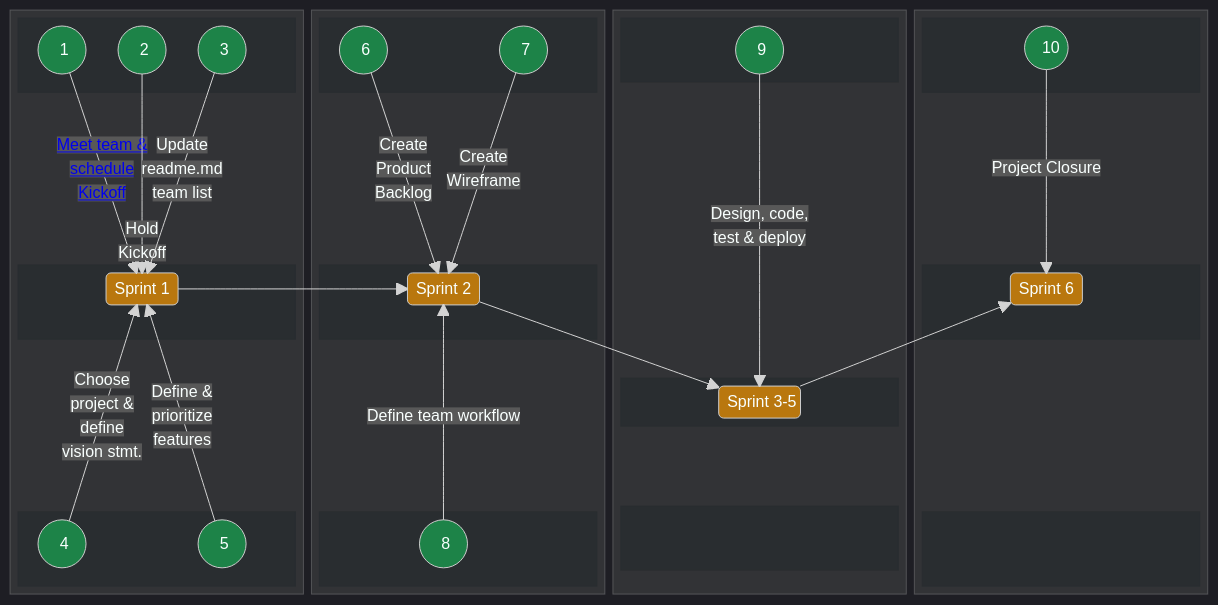
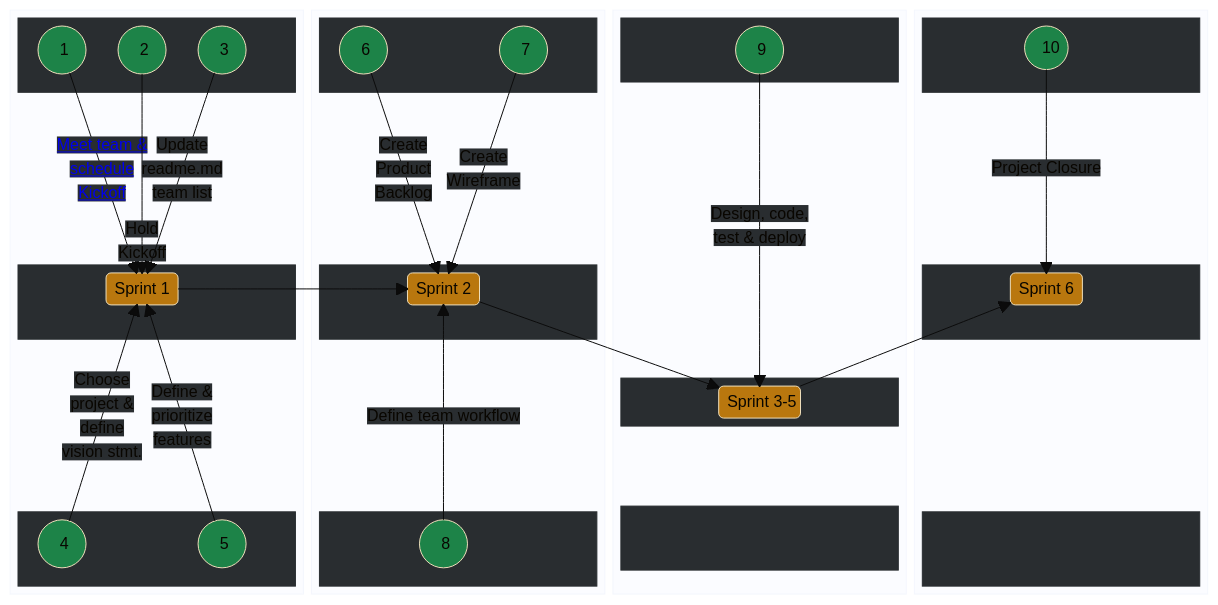
Before and after one commit to jdmedlock/mermaid_testing: the second of 2 diagrams in README.md, drawn with Mermaid.

Commit message:
Feature: Test line text background color

```diff
--- a/README.md
+++ b/README.md
@@ -96,8 +96,16 @@
 config:
   layout: elk
   theme: dark
-  secondarytextcolor: #292d30
 ---
+%%{
+  init: {
+    'theme': 'base',
+    'themeVariables': {
+      'edgeLabelBackground': '#292d30',
+      'secondarytextcolor': '#292d30'
+    }
+  }
+}%%
   block-beta
     columns 4
     block:B1:1
```
